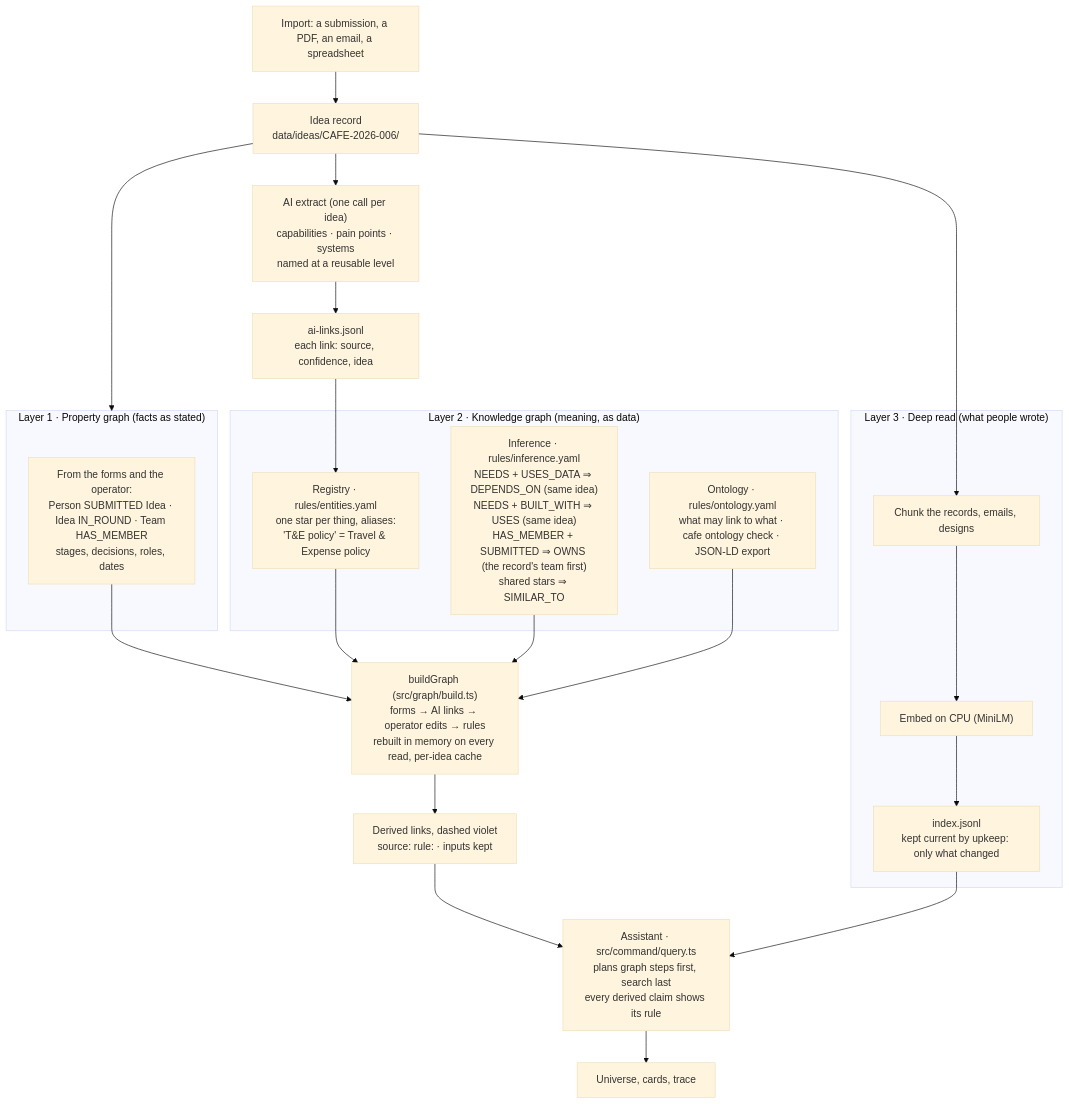
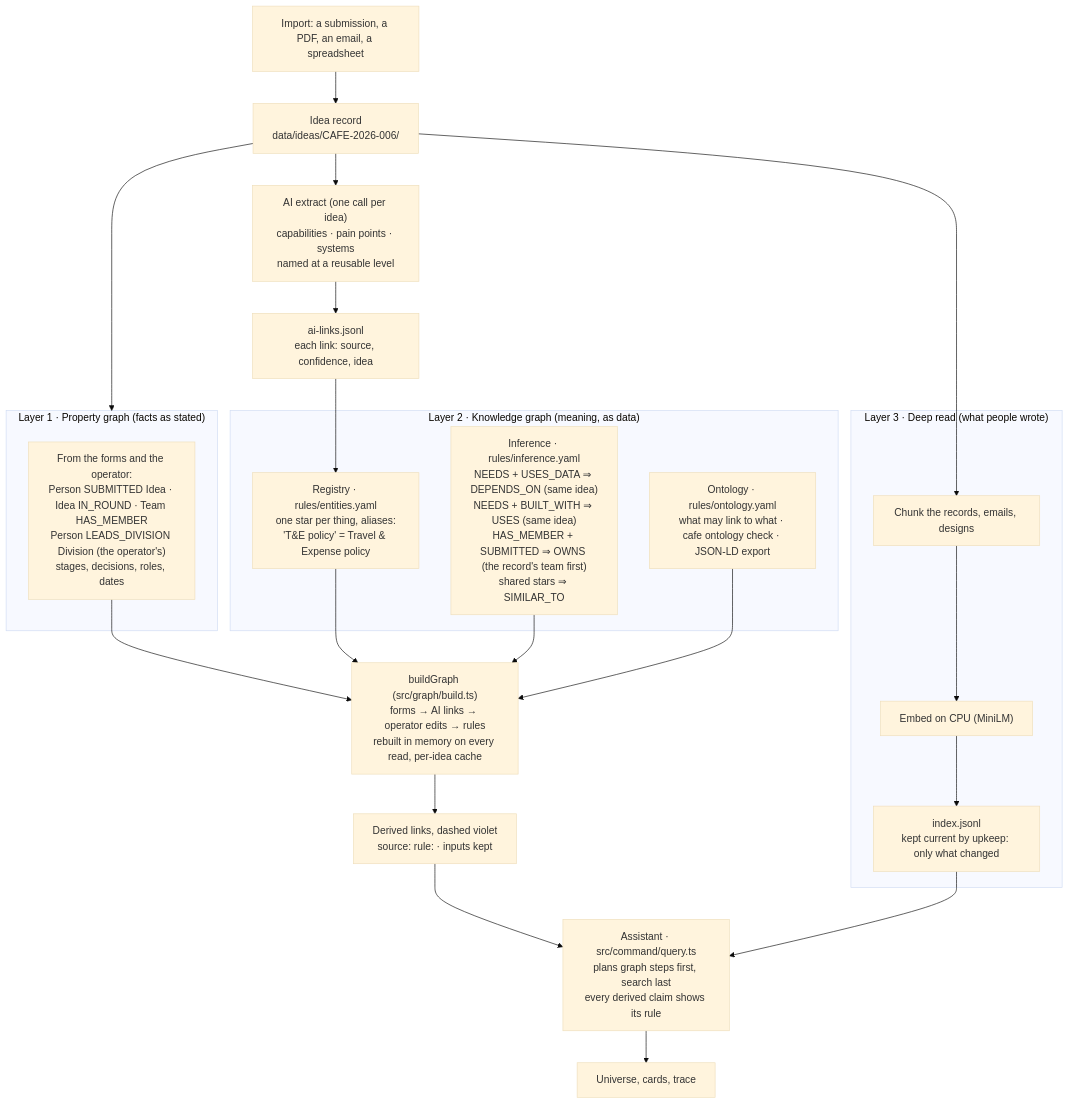
The fourth of 6 diagrams in cafe-app/docs/x-ray.md (intelliorion/ms-cs-ttia-office-hours), drawn with Mermaid (base theme) before and after one commit. The commit also changed other lines of this file and 24 other files, not shown here.

````diff
--- a/cafe-app/docs/x-ray.md
+++ b/cafe-app/docs/x-ray.md
@@ -172,32 +172,32 @@
 ```mermaid
 flowchart TB
   I["Import: a submission, a PDF, an email, a spreadsheet"] --> REC["Idea record<br/>data/ideas/CAFE-2026-006/"]
   REC --> L1
 
   subgraph L1["Layer 1 · Property graph (facts as stated)"]
-    F["From the forms and the operator:<br/>Person SUBMITTED Idea · Idea IN_ROUND · Team HAS_MEMBER<br/>stages, decisions, roles, dates"]
+    F["From the forms and the operator:<br/>Person SUBMITTED Idea · Idea IN_ROUND · Team HAS_MEMBER<br/>Person LEADS_DIVISION Division (the operator's)<br/>stages, decisions, roles, dates"]
   end
 
   REC --> X["AI extract (one call per idea)<br/>capabilities · pain points · systems<br/>named at a reusable level"]
   X --> AIL["ai-links.jsonl<br/>each link: source, confidence, idea"]
 
   subgraph L2["Layer 2 · Knowledge graph (meaning, as data)"]
     REG["Registry · rules/entities.yaml<br/>one star per thing, aliases:<br/>'T&E policy' = Travel & Expense policy"]
     RUL["Inference · rules/inference.yaml<br/>NEEDS + USES_DATA ⇒ DEPENDS_ON (same idea)<br/>NEEDS + BUILT_WITH ⇒ USES (same idea)<br/>HAS_MEMBER + SUBMITTED ⇒ OWNS (the record's team first)<br/>shared stars ⇒ SIMILAR_TO"]
     ONT["Ontology · rules/ontology.yaml<br/>what may link to what · cafe ontology check · JSON-LD export"]
   end
   F --> B["buildGraph (src/graph/build.ts)<br/>forms → AI links → operator edits → rules<br/>rebuilt in memory on every read, per-idea cache"]
   AIL --> REG --> B
   RUL --> B
   ONT --> B
   B --> DER["Derived links, dashed violet<br/>source: rule:<name> · inputs kept"]
 
   subgraph L3["Layer 3 · Deep read (what people wrote)"]
     CH["Chunk the records, emails, designs"] --> EM["Embed on CPU (MiniLM)"] --> IX["index.jsonl<br/>kept current by upkeep: only what changed"]
   end
   REC --> CH
 
   DER --> ASK["Assistant · src/command/query.ts<br/>plans graph steps first, search last<br/>every derived claim shows its rule"]
   IX --> ASK
   ASK --> UI["Universe, cards, trace"]
 ```
````
